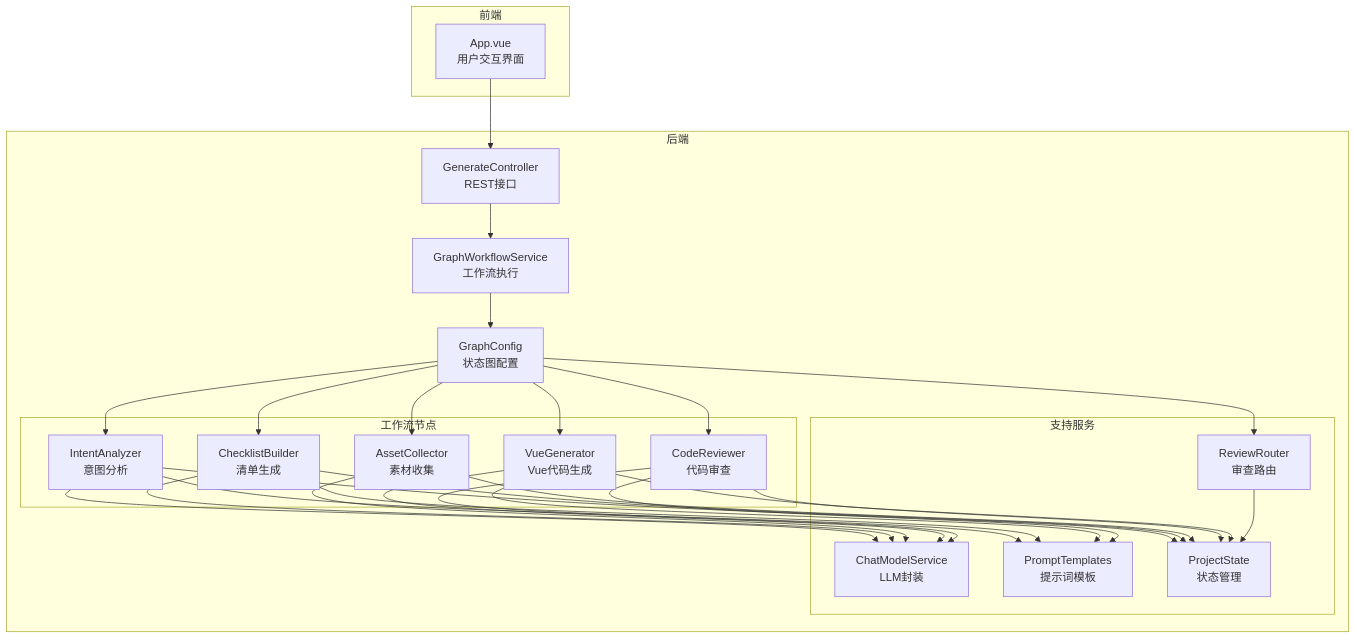
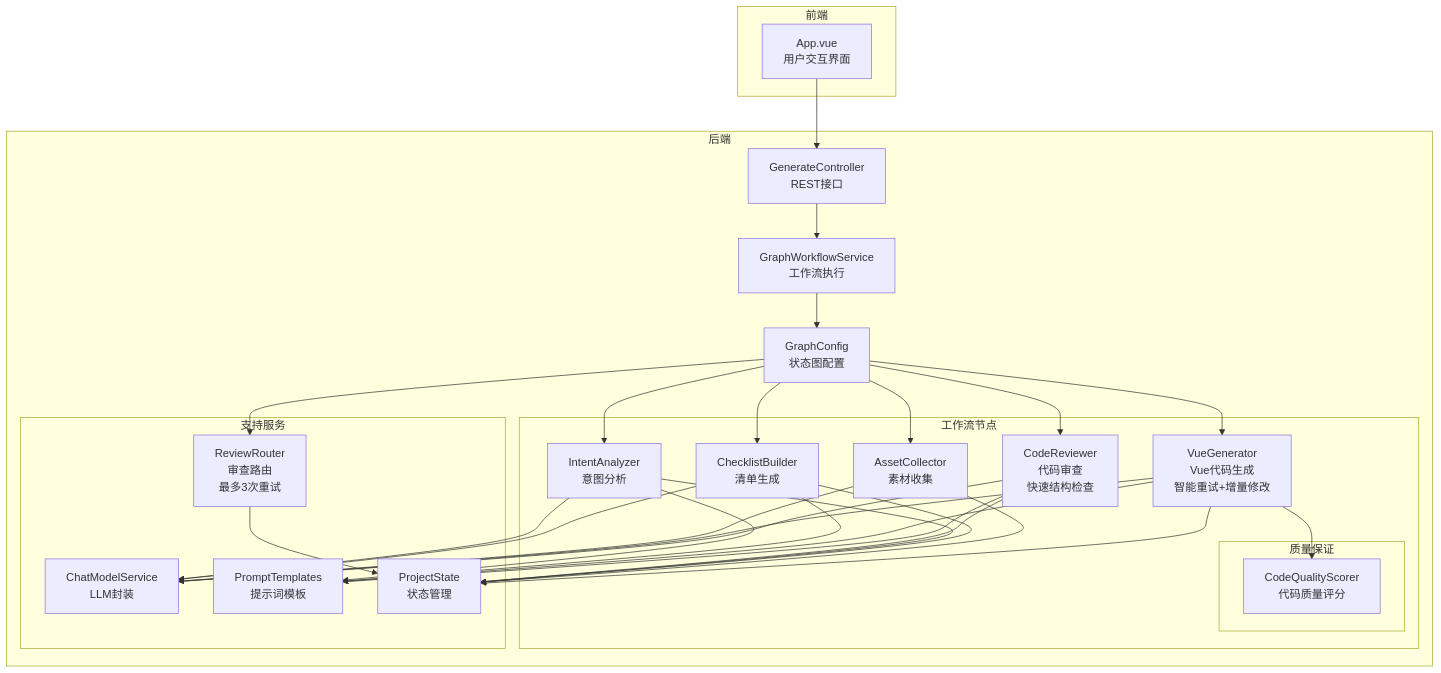
The first of 16 diagrams in .qoder/repowiki/zh/content/AI工作流系统/AI节点分析/Vue代码生成节点.md (CyanYuKi/WebSiteFrontendCodeMother), drawn with Mermaid before and after one commit. The commit also changed other lines of this file and 21 other files, not shown here.

````diff
--- a/.qoder/repowiki/zh/content/AI工作流系统/AI节点分析/Vue代码生成节点.md
+++ b/.qoder/repowiki/zh/content/AI工作流系统/AI节点分析/Vue代码生成节点.md
@@ -40,48 +49,52 @@
 ```mermaid
 graph TB
 subgraph "前端"
 FE_App["App.vue<br/>用户交互界面"]
 end
 subgraph "后端"
 API["GenerateController<br/>REST接口"]
 WF["GraphWorkflowService<br/>工作流执行"]
 CFG["GraphConfig<br/>状态图配置"]
 subgraph "工作流节点"
 IA["IntentAnalyzer<br/>意图分析"]
 CB["ChecklistBuilder<br/>清单生成"]
 AC["AssetCollector<br/>素材收集"]
-VG["VueGenerator<br/>Vue代码生成"]
-CR["CodeReviewer<br/>代码审查"]
+VG["VueGenerator<br/>Vue代码生成<br/>智能重试+增量修改"]
+CR["CodeReviewer<br/>代码审查<br/>快速结构检查"]
+subgraph "质量保证"
+CQS["CodeQualityScorer<br/>代码质量评分"]
+end
 end
 subgraph "支持服务"
 CSM["ChatModelService<br/>LLM封装"]
 PT["PromptTemplates<br/>提示词模板"]
 PS["ProjectState<br/>状态管理"]
-RR["ReviewRouter<br/>审查路由"]
+RR["ReviewRouter<br/>审查路由<br/>最多3次重试"]
 end
 end
 FE_App --> API
 API --> WF
 WF --> CFG
 CFG --> IA
 CFG --> CB
 CFG --> AC
 CFG --> VG
 CFG --> CR
 CFG --> RR
 IA --> CSM
 CB --> CSM
 AC --> CSM
 VG --> CSM
+VG --> CQS
 CR --> CSM
+CR --> PS
 IA --> PT
 CB --> PT
 VG --> PT
 CR --> PT
 IA --> PS
 CB --> PS
 AC --> PS
 VG --> PS
-CR --> PS
 RR --> PS
 ```
````
